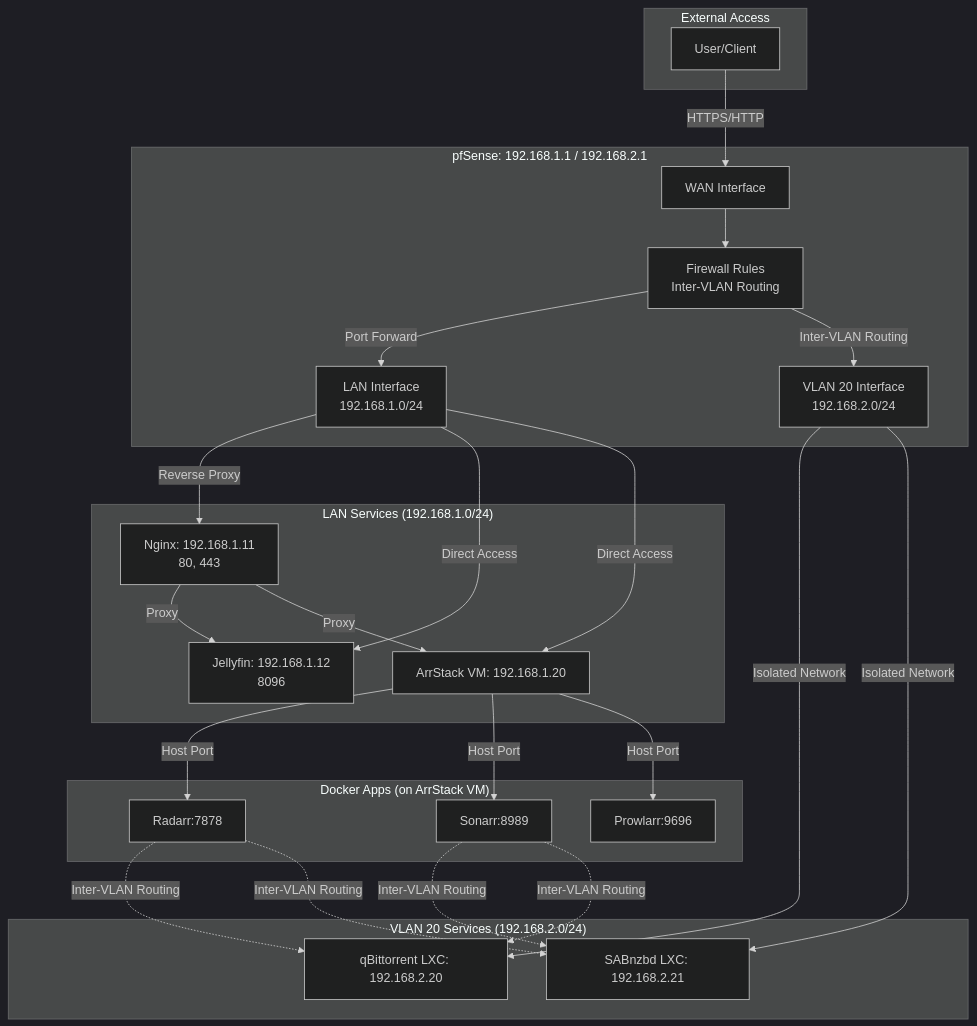
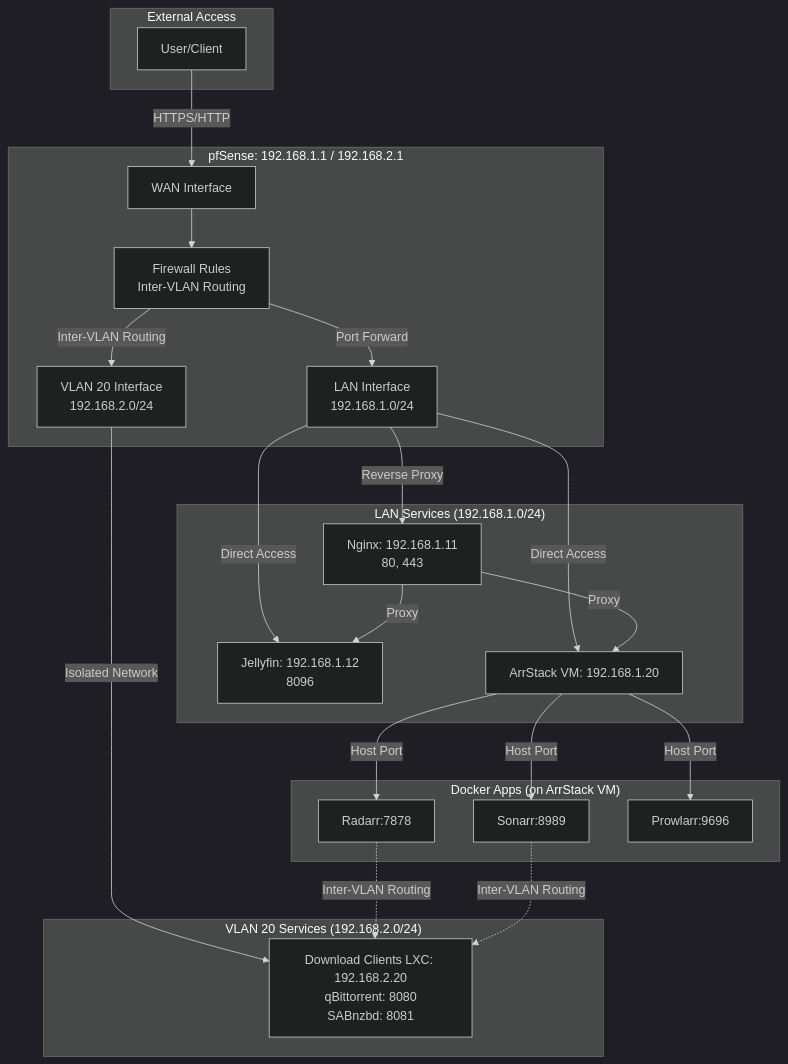
One commit to RoqueO/knowledge-server changed the second of 2 diagrams in proxmox/networking.md. Above: the diagram before and after it, drawn with Mermaid (dark theme). The commit also changed other lines of this file and 4 other files, not shown here.

````diff
--- a/proxmox/networking.md
+++ b/proxmox/networking.md
@@ -70,52 +68,48 @@
 ```mermaid
 flowchart TB
     subgraph External["External Access"]
         User[User/Client]
     end
     
     subgraph Firewall["pfSense: 192.168.1.1 / 192.168.2.1"]
         WAN_IF[WAN Interface]
         LAN_IF[LAN Interface<br/>192.168.1.0/24]
         VLAN20_IF[VLAN 20 Interface<br/>192.168.2.0/24]
         FW_Rules[Firewall Rules<br/>Inter-VLAN Routing]
     end
     
     subgraph LAN_Services["LAN Services (192.168.1.0/24)"]
         Nginx[Nginx: 192.168.1.11<br/>80, 443]
         Jellyfin[Jellyfin: 192.168.1.12<br/>8096]
         ArrStack[ArrStack VM: 192.168.1.20]
     end
     
     subgraph VLAN20_Services["VLAN 20 Services (192.168.2.0/24)"]
-        qBit[qBittorrent LXC: 192.168.2.20]
-        SAB[SABnzbd LXC: 192.168.2.21]
+        DownloadClients[Download Clients LXC: 192.168.2.20<br/>qBittorrent: 8080<br/>SABnzbd: 8081]
     end
     
     subgraph DockerApps["Docker Apps (on ArrStack VM)"]
         Radarr[Radarr:7878]
         Sonarr[Sonarr:8989]
         Prowlarr[Prowlarr:9696]
     end
     
     User -->|HTTPS/HTTP| WAN_IF
     WAN_IF --> FW_Rules
     FW_Rules -->|Port Forward| LAN_IF
     FW_Rules -->|Inter-VLAN Routing| VLAN20_IF
     
     LAN_IF -->|Reverse Proxy| Nginx
     LAN_IF -->|Direct Access| Jellyfin
     LAN_IF -->|Direct Access| ArrStack
-    VLAN20_IF -->|Isolated Network| qBit
-    VLAN20_IF -->|Isolated Network| SAB
+    VLAN20_IF -->|Isolated Network| DownloadClients
     
     Nginx -->|Proxy| Jellyfin
     Nginx -->|Proxy| ArrStack
     ArrStack -->|Host Port| Radarr
     ArrStack -->|Host Port| Sonarr
     ArrStack -->|Host Port| Prowlarr
     
-    Radarr -.->|Inter-VLAN Routing| qBit
-    Sonarr -.->|Inter-VLAN Routing| SAB
-    Radarr -.->|Inter-VLAN Routing| SAB
-    Sonarr -.->|Inter-VLAN Routing| qBit
+    Radarr -.->|Inter-VLAN Routing| DownloadClients
+    Sonarr -.->|Inter-VLAN Routing| DownloadClients
 ```
````
